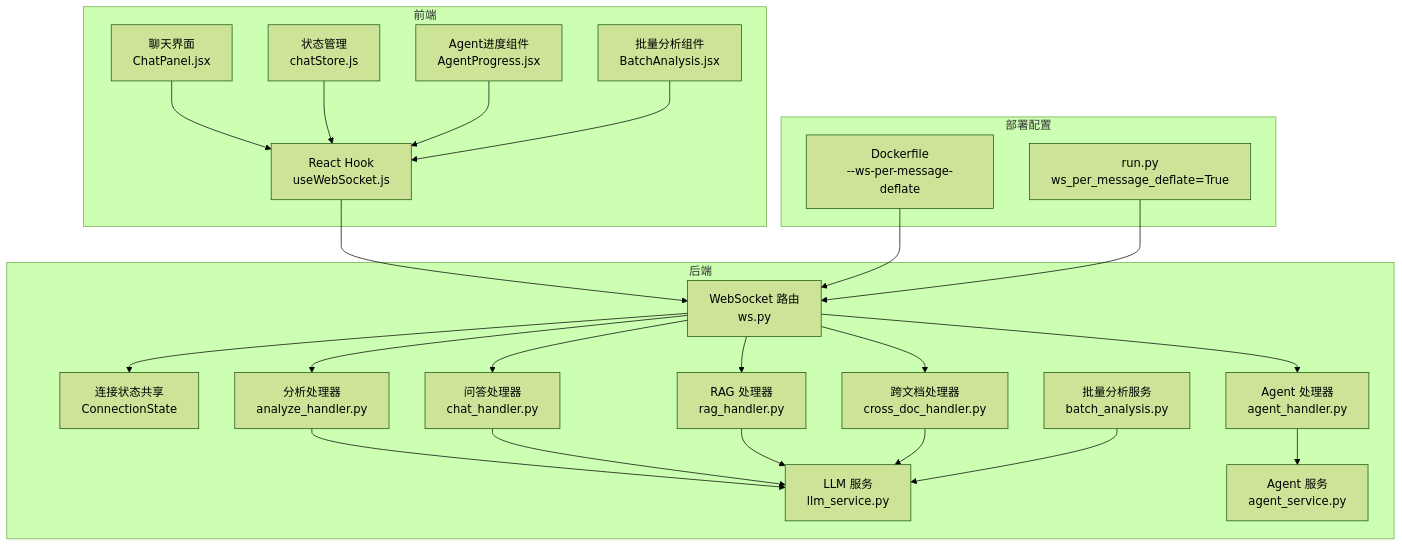
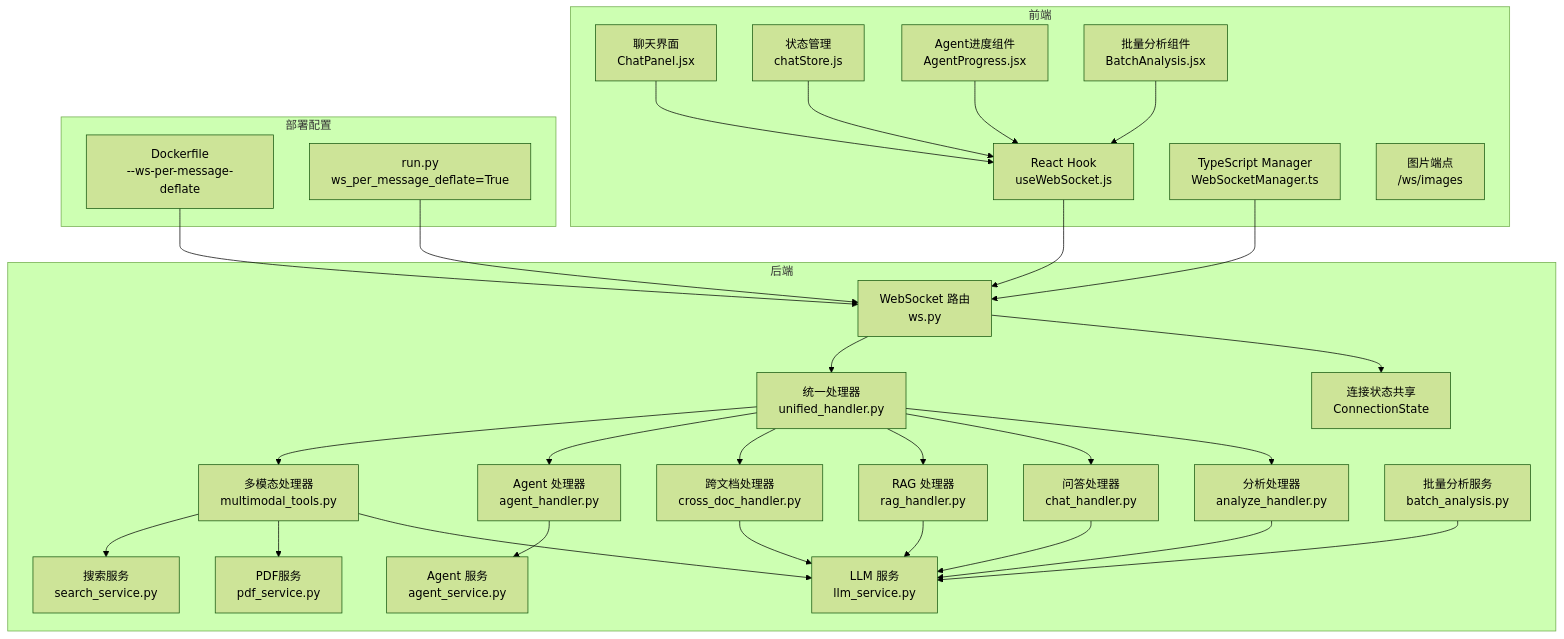
Before and after one commit to laohanhahaha/PaperChat: the first of 10 diagrams in .qoder/repowiki/zh/content/WebSocket 通信协议/WebSocket 通信协议.md, drawn with Mermaid (forest theme). The commit also changed other lines of this file and 185 other files, not shown here.

````diff
--- a/.qoder/repowiki/zh/content/WebSocket 通信协议/WebSocket 通信协议.md
+++ b/.qoder/repowiki/zh/content/WebSocket 通信协议/WebSocket 通信协议.md
@@ -55,45 +59,57 @@
 ```mermaid
 graph TB
 subgraph "前端"
 FE_WS["React Hook<br/>useWebSocket.js"]
+FE_WS_TS["TypeScript Manager<br/>WebSocketManager.ts"]
 FE_UI["聊天界面<br/>ChatPanel.jsx"]
 FE_STORE["状态管理<br/>chatStore.js"]
 FE_AGENT_PROGRESS["Agent进度组件<br/>AgentProgress.jsx"]
 FE_BATCH_ANALYSIS["批量分析组件<br/>BatchAnalysis.jsx"]
+ENDPOINT_IMAGES["图片端点<br/>/ws/images"]
 end
 subgraph "后端"
 WS_ROUTE["WebSocket 路由<br/>ws.py"]
 CONN_STATE["连接状态共享<br/>ConnectionState"]
+UNIFIED_HANDLER["统一处理器<br/>unified_handler.py"]
 HANDLER_ANALYZE["分析处理器<br/>analyze_handler.py"]
 HANDLER_CHAT["问答处理器<br/>chat_handler.py"]
 HANDLER_RAG["RAG 处理器<br/>rag_handler.py"]
 HANDLER_CROSS["跨文档处理器<br/>cross_doc_handler.py"]
 HANDLER_AGENT["Agent 处理器<br/>agent_handler.py"]
+HANDLER_MULTIMODAL["多模态处理器<br/>multimodal_tools.py"]
 SERVICE_LLM["LLM 服务<br/>llm_service.py"]
 SERVICE_AGENT["Agent 服务<br/>agent_service.py"]
 SERVICE_BATCH["批量分析服务<br/>batch_analysis.py"]
+SERVICE_PDF["PDF服务<br/>pdf_service.py"]
+SERVICE_SEARCH["搜索服务<br/>search_service.py"]
 end
 subgraph "部署配置"
 DOCKERFILE["Dockerfile<br/>--ws-per-message-deflate"]
 RUN_SCRIPT["run.py<br/>ws_per_message_deflate=True"]
 end
 FE_WS --> WS_ROUTE
+FE_WS_TS --> WS_ROUTE
 FE_UI --> FE_WS
 FE_STORE --> FE_WS
 FE_AGENT_PROGRESS --> FE_WS
 FE_BATCH_ANALYSIS --> FE_WS
 WS_ROUTE --> CONN_STATE
-WS_ROUTE --> HANDLER_ANALYZE
-WS_ROUTE --> HANDLER_CHAT
-WS_ROUTE --> HANDLER_RAG
-WS_ROUTE --> HANDLER_CROSS
-WS_ROUTE --> HANDLER_AGENT
+WS_ROUTE --> UNIFIED_HANDLER
+UNIFIED_HANDLER --> HANDLER_ANALYZE
+UNIFIED_HANDLER --> HANDLER_CHAT
+UNIFIED_HANDLER --> HANDLER_RAG
+UNIFIED_HANDLER --> HANDLER_CROSS
+UNIFIED_HANDLER --> HANDLER_AGENT
+UNIFIED_HANDLER --> HANDLER_MULTIMODAL
 HANDLER_ANALYZE --> SERVICE_LLM
 HANDLER_CHAT --> SERVICE_LLM
 HANDLER_RAG --> SERVICE_LLM
 HANDLER_CROSS --> SERVICE_LLM
 HANDLER_AGENT --> SERVICE_AGENT
+HANDLER_MULTIMODAL --> SERVICE_LLM
+HANDLER_MULTIMODAL --> SERVICE_PDF
+HANDLER_MULTIMODAL --> SERVICE_SEARCH
 SERVICE_BATCH --> SERVICE_LLM
 DOCKERFILE --> WS_ROUTE
 RUN_SCRIPT --> WS_ROUTE
 ```
````
